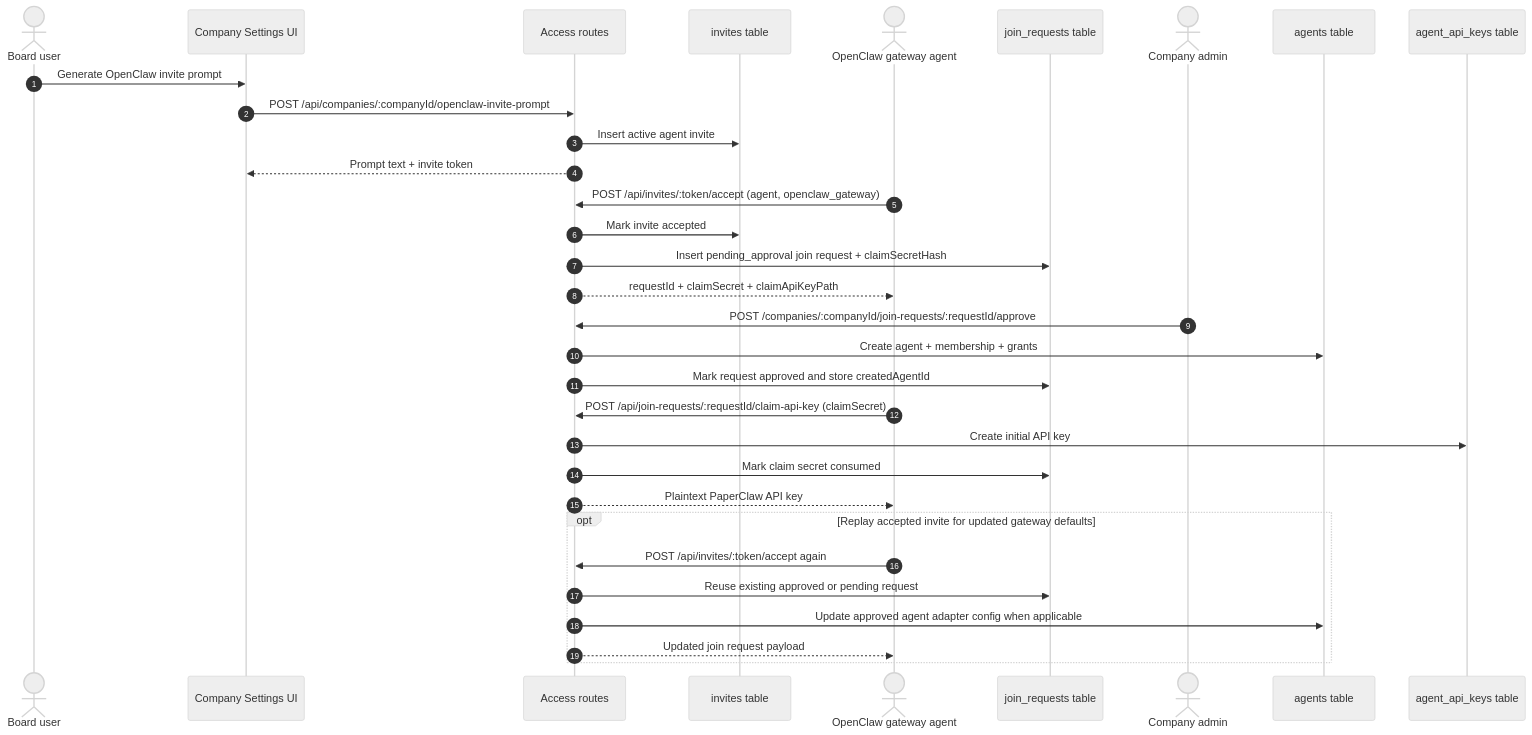
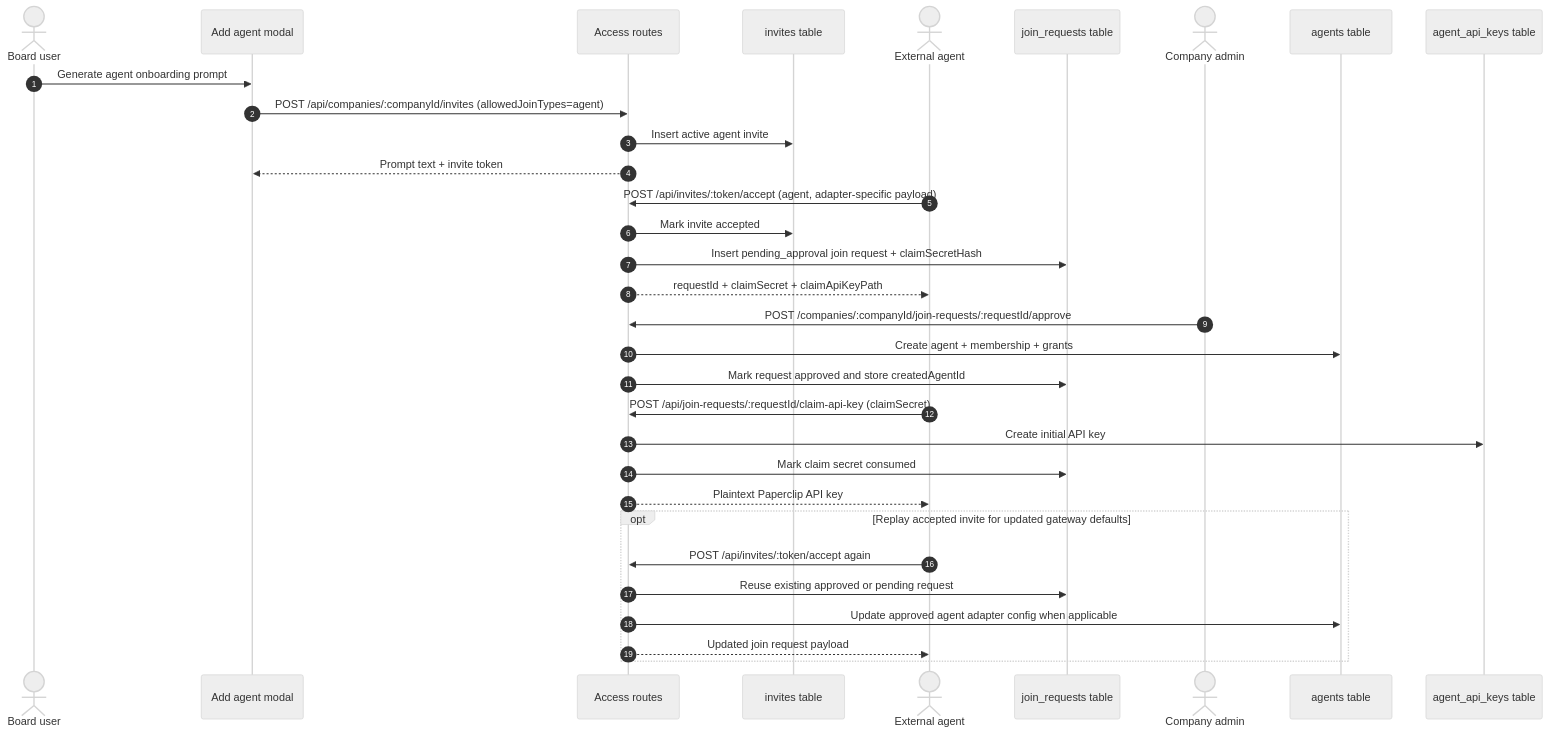
One commit to karanbavari/paperclaw changed the sixth of 6 diagrams in doc/spec/invite-flow.md. Above: the diagram before and after it, drawn with Mermaid (neutral theme). The commit also changed other lines of this file and 6991 other files, not shown here.

````diff
--- a/doc/spec/invite-flow.md
+++ b/doc/spec/invite-flow.md
@@ -246,39 +243,39 @@
 ```mermaid
 sequenceDiagram
   autonumber
   actor Board as Board user
-  participant Settings as Company Settings UI
+  participant AddAgent as Add agent modal
   participant API as Access routes
   participant Invites as invites table
-  actor Gateway as OpenClaw gateway agent
+  actor Gateway as External agent
   participant Join as join_requests table
   actor Approver as Company admin
   participant Agents as agents table
   participant Keys as agent_api_keys table
 
-  Board->>Settings: Generate OpenClaw invite prompt
-  Settings->>API: POST /api/companies/:companyId/openclaw-invite-prompt
+  Board->>AddAgent: Generate agent onboarding prompt
+  AddAgent->>API: POST /api/companies/:companyId/invites (allowedJoinTypes=agent)
   API->>Invites: Insert active agent invite
-  API-->>Settings: Prompt text + invite token
+  API-->>AddAgent: Prompt text + invite token
 
-  Gateway->>API: POST /api/invites/:token/accept (agent, openclaw_gateway)
+  Gateway->>API: POST /api/invites/:token/accept (agent, adapter-specific payload)
   API->>Invites: Mark invite accepted
   API->>Join: Insert pending_approval join request + claimSecretHash
   API-->>Gateway: requestId + claimSecret + claimApiKeyPath
 
   Approver->>API: POST /companies/:companyId/join-requests/:requestId/approve
   API->>Agents: Create agent + membership + grants
   API->>Join: Mark request approved and store createdAgentId
 
   Gateway->>API: POST /api/join-requests/:requestId/claim-api-key (claimSecret)
   API->>Keys: Create initial API key
   API->>Join: Mark claim secret consumed
-  API-->>Gateway: Plaintext PaperClaw API key
+  API-->>Gateway: Plaintext Paperclip API key
 
   opt Replay accepted invite for updated gateway defaults
     Gateway->>API: POST /api/invites/:token/accept again
     API->>Join: Reuse existing approved or pending request
     API->>Agents: Update approved agent adapter config when applicable
     API-->>Gateway: Updated join request payload
   end
 ```
````
